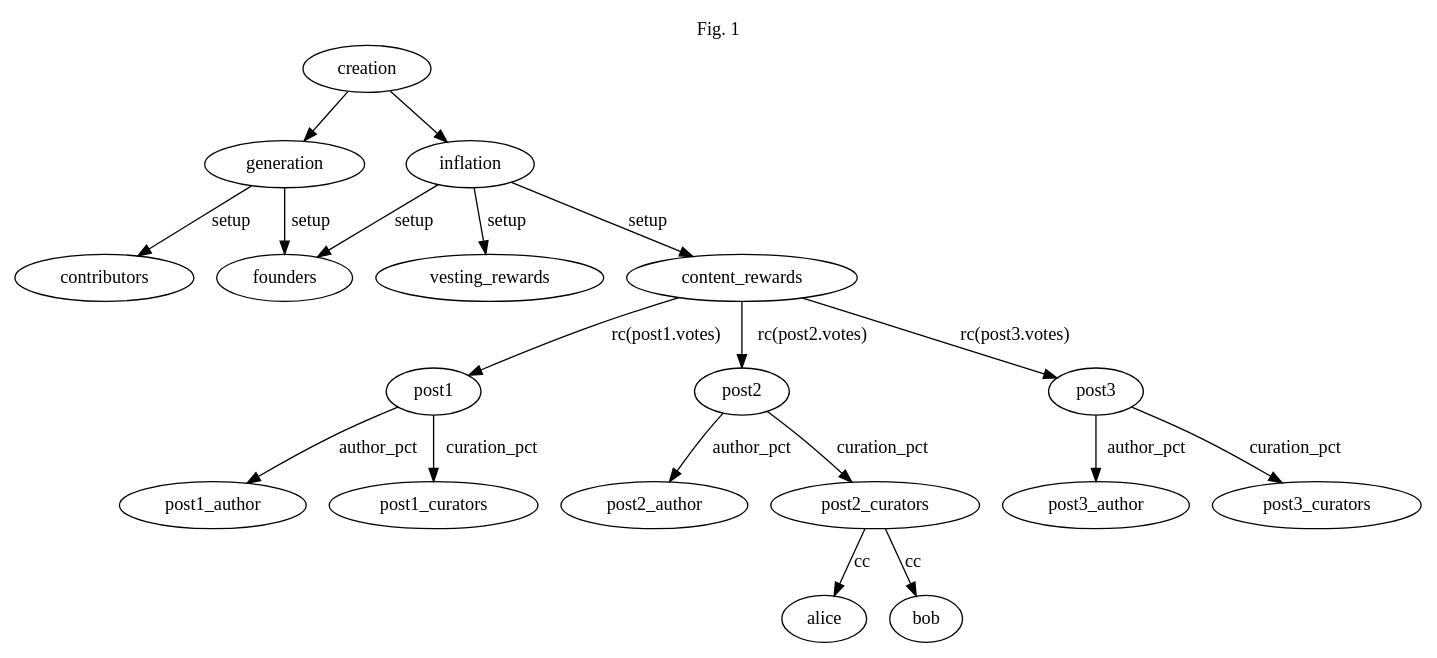
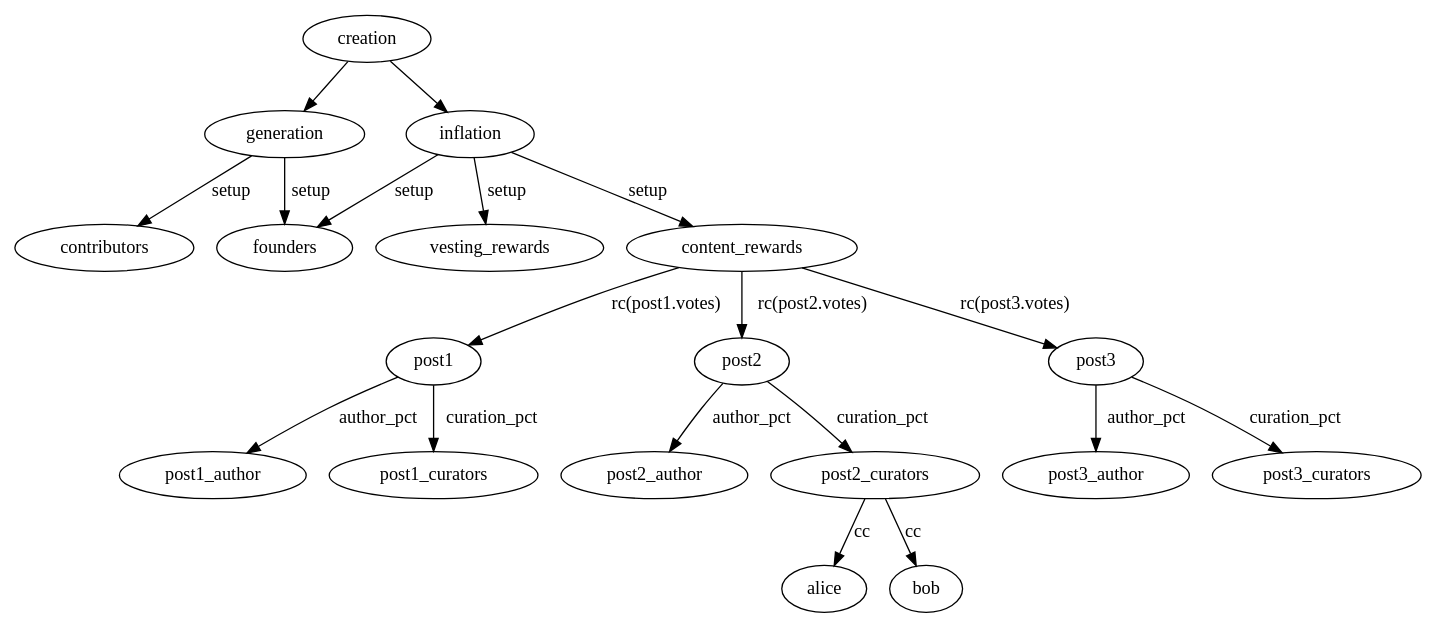
One commit to steemit/smt-whitepaper changed the diagram in smt-manual/creation.dot. Above: the diagram before and after it, drawn with Graphviz. The commit also changed 12 other files, not shown here.

Commit message:
figure updates

```diff
--- a/smt-manual/creation.dot
+++ b/smt-manual/creation.dot
@@ -1,29 +1,25 @@
 digraph {
     creation -> generation;
     creation -> inflation;
     generation -> founders[label="setup"];
     generation -> contributors[label="setup"];
     inflation -> founders[label="setup"];
     inflation -> content_rewards[label="setup"];
     inflation -> vesting_rewards[label="setup"];
 
     content_rewards -> post1[label="rc(post1.votes)"];
     content_rewards -> post2[label="rc(post2.votes)"];
     content_rewards -> post3[label="rc(post3.votes)"];
 
     post1 -> post1_author[label="author_pct"];
     post1 -> post1_curators[label="curation_pct"];
 
     post2 -> post2_author[label="author_pct"];
     post2 -> post2_curators[label="curation_pct"];
 
     post3 -> post3_author[label="author_pct"];
     post3 -> post3_curators[label="curation_pct"];
 
     post2_curators -> alice[label="cc"];
     post2_curators -> bob[label="cc"];
-
-    // Title
-    labelloc = "t";
-	label = "Fig. 1";
 }
```
